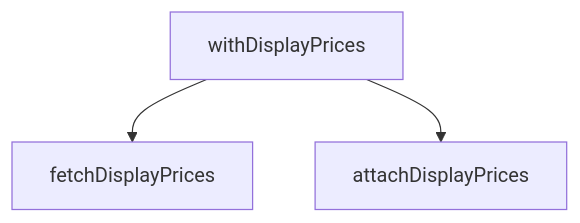
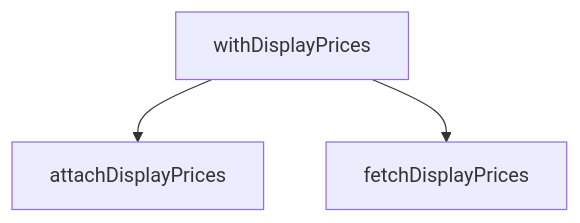
Before and after one commit to peckop/venthub-hvac-esite: the diagram in src/lib/services/displayPrice.service.md, drawn with Mermaid. The commit also changed other lines of this file and 134 other files, not shown here.

````diff
--- a/src/lib/services/displayPrice.service.md
+++ b/src/lib/services/displayPrice.service.md
@@ -131,8 +125,8 @@
 ```mermaid
 graph TD
     displayPrice_service_ts__attachDisplayPrices["attachDisplayPrices"]
     displayPrice_service_ts__fetchDisplayPrices["fetchDisplayPrices"]
     displayPrice_service_ts__withDisplayPrices["withDisplayPrices"]
+    displayPrice_service_ts__withDisplayPrices --> displayPrice_service_ts__attachDisplayPrices
     displayPrice_service_ts__withDisplayPrices --> displayPrice_service_ts__fetchDisplayPrices
-    displayPrice_service_ts__withDisplayPrices --> displayPrice_service_ts__attachDisplayPrices
 ```
````
